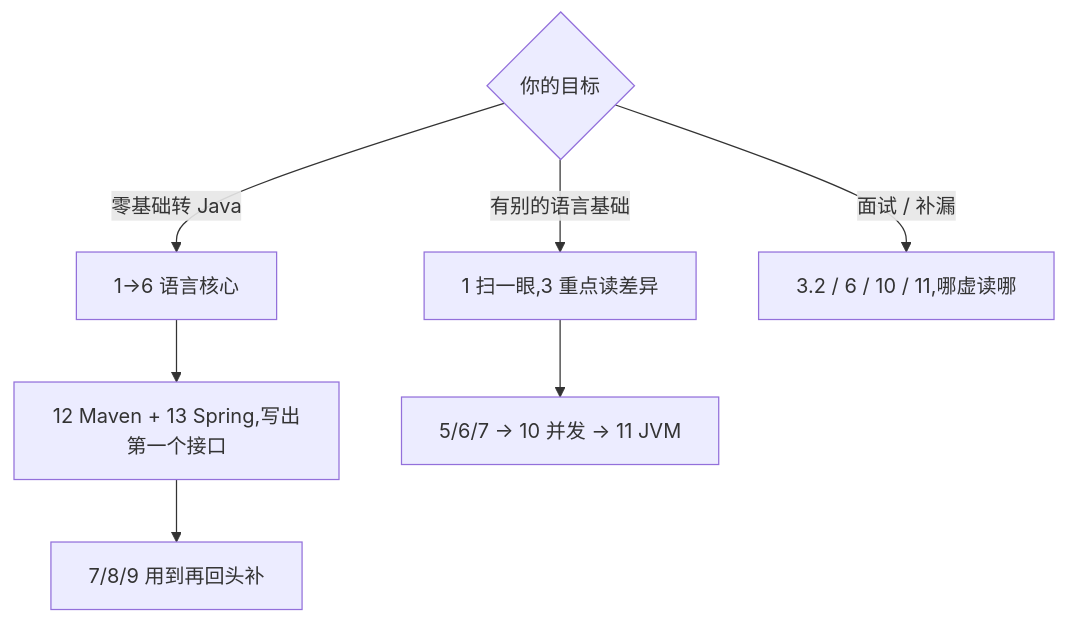
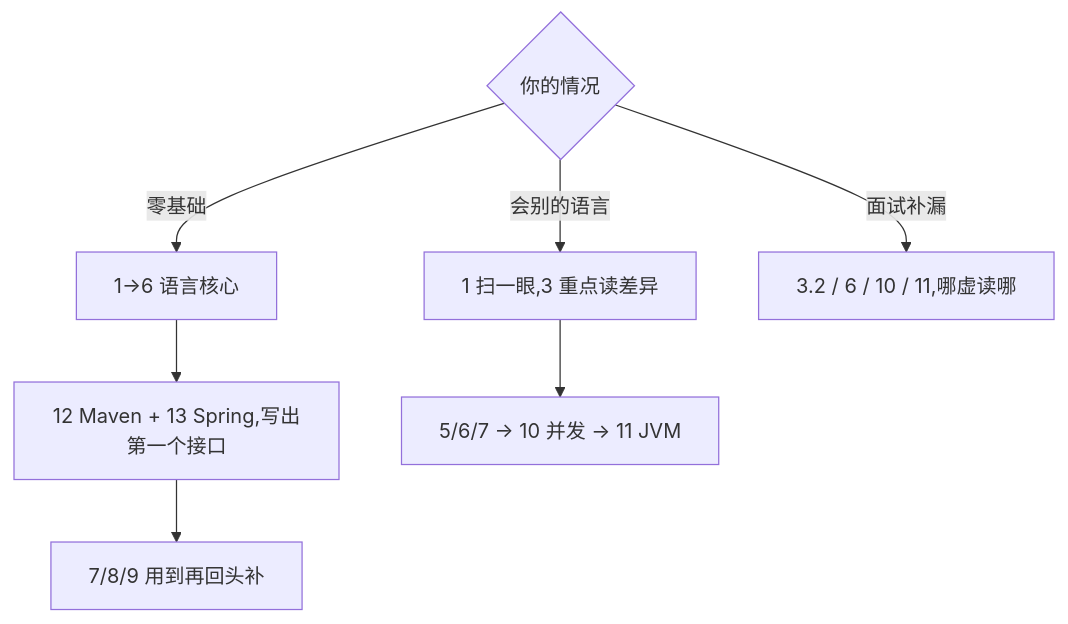
One commit to xz333221/liuguang-coding changed the diagram in src/content/knowledge/java/how-to-read.md. Above: the diagram before and after it, drawn with Mermaid. The commit also changed other lines of this file and 7 other files, not shown here.

````diff
--- a/src/content/knowledge/java/how-to-read.md
+++ b/src/content/knowledge/java/how-to-read.md
@@ -48,9 +49,9 @@
 ```mermaid
 flowchart TD
-  G{你的目标} -->|零基础转 Java| A[1→6 语言核心]
+  G{你的情况} -->|零基础| A[1→6 语言核心]
   A --> B[12 Maven + 13 Spring,写出第一个接口]
   B --> H[7/8/9 用到再回头补]
-  G -->|有别的语言基础| D[1 扫一眼,3 重点读差异]
+  G -->|会别的语言| D[1 扫一眼,3 重点读差异]
   D --> E[5/6/7 → 10 并发 → 11 JVM]
-  G -->|面试 / 补漏| F[3.2 / 6 / 10 / 11,哪虚读哪]
+  G -->|面试补漏| F[3.2 / 6 / 10 / 11,哪虚读哪]
 ```
````
